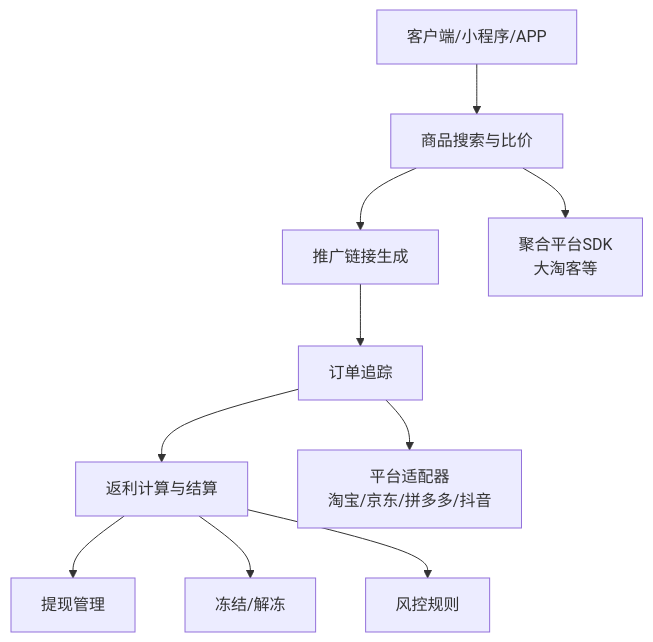
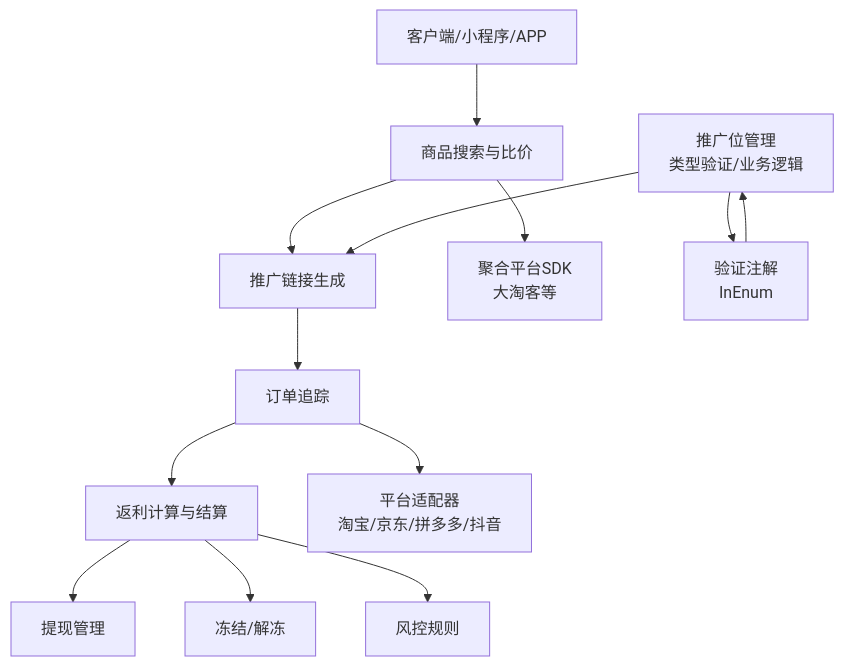
The second of 13 diagrams in .qoder/repowiki/zh/content/架构设计/模块设计/业务模块/CPS联盟返利模块.md (zhuangpengLI/AgenticCPS), drawn with Mermaid before and after one commit. The commit also changed other lines of this file and 5 other files, not shown here.

````diff
--- a/.qoder/repowiki/zh/content/架构设计/模块设计/业务模块/CPS联盟返利模块.md
+++ b/.qoder/repowiki/zh/content/架构设计/模块设计/业务模块/CPS联盟返利模块.md
@@ -102,12 +130,15 @@
 ```mermaid
 graph TB
 CLIENT["客户端/小程序/APP"] --> SEARCH["商品搜索与比价"]
 SEARCH --> LINKGEN["推广链接生成"]
 LINKGEN --> ORDER["订单追踪"]
 ORDER --> REBATE["返利计算与结算"]
 REBATE --> WITHDRAW["提现管理"]
 ORDER --> PLATFORM["平台适配器<br/>淘宝/京东/拼多多/抖音"]
 SEARCH --> SDK["聚合平台SDK<br/>大淘客等"]
 REBATE --> FROZEN["冻结/解冻"]
 REBATE --> RISK["风控规则"]
+ADZONE["推广位管理<br/>类型验证/业务逻辑"] --> LINKGEN
+ADZONE --> VALIDATION["验证注解<br/>InEnum"]
+VALIDATION --> ADZONE
 ```
````
